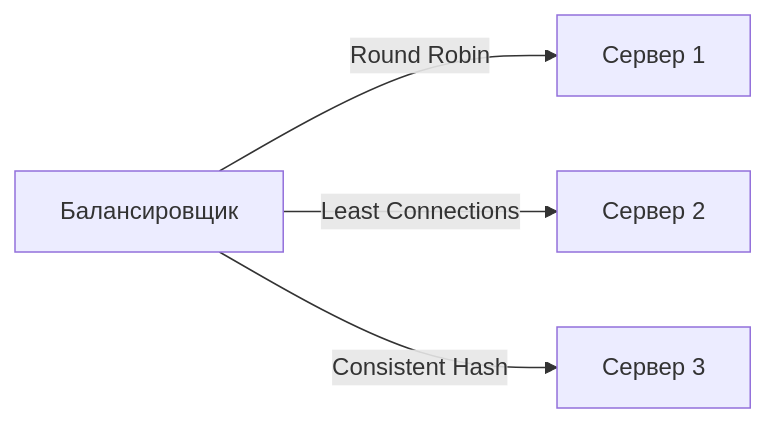
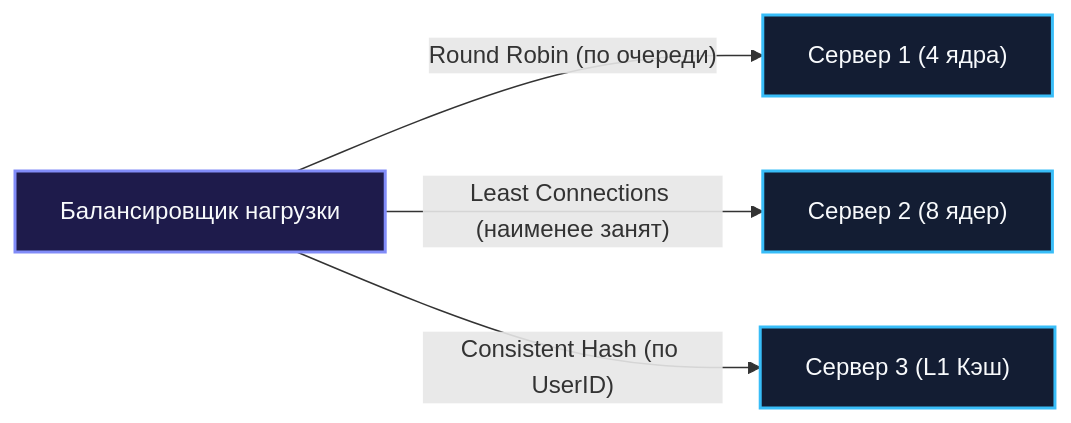
Before and after one commit to UnrealTemplier/go-textbook: the second of 2 diagrams in sources/11. Архитектура и System Design/33. Load Balancing на уровне архитектуры.md, drawn with Mermaid. The commit also changed other lines of this file, not shown here.

````diff
--- a/sources/11. Архитектура и System Design/33. Load Balancing на уровне архитектуры.md
+++ b/sources/11. Архитектура и System Design/33. Load Balancing на уровне архитектуры.md
@@ -35,7 +95,12 @@
 ```mermaid
 flowchart LR
-    LB["Балансировщик"]
-    LB -->|"Round Robin"| S1["Сервер 1"]
-    LB -->|"Least Connections"| S2["Сервер 2"]
-    LB -->|"Consistent Hash"| S3["Сервер 3"]
+    LB["Балансировщик нагрузки"]
+    LB -->|"Round Robin (по очереди)"| S1["Сервер 1 (4 ядра)"]
+    LB -->|"Least Connections (наименее занят)"| S2["Сервер 2 (8 ядер)"]
+    LB -->|"Consistent Hash (по UserID)"| S3["Сервер 3 (L1 Кэш)"]
+
+    classDef lb fill:#1e1b4b,stroke:#818cf8,stroke-width:2px,color:#f8fafc;
+    classDef srv fill:#131d33,stroke:#38bdf8,stroke-width:2px,color:#f8fafc;
+    class LB lb;
+    class S1,S2,S3 srv;
 ```
````
